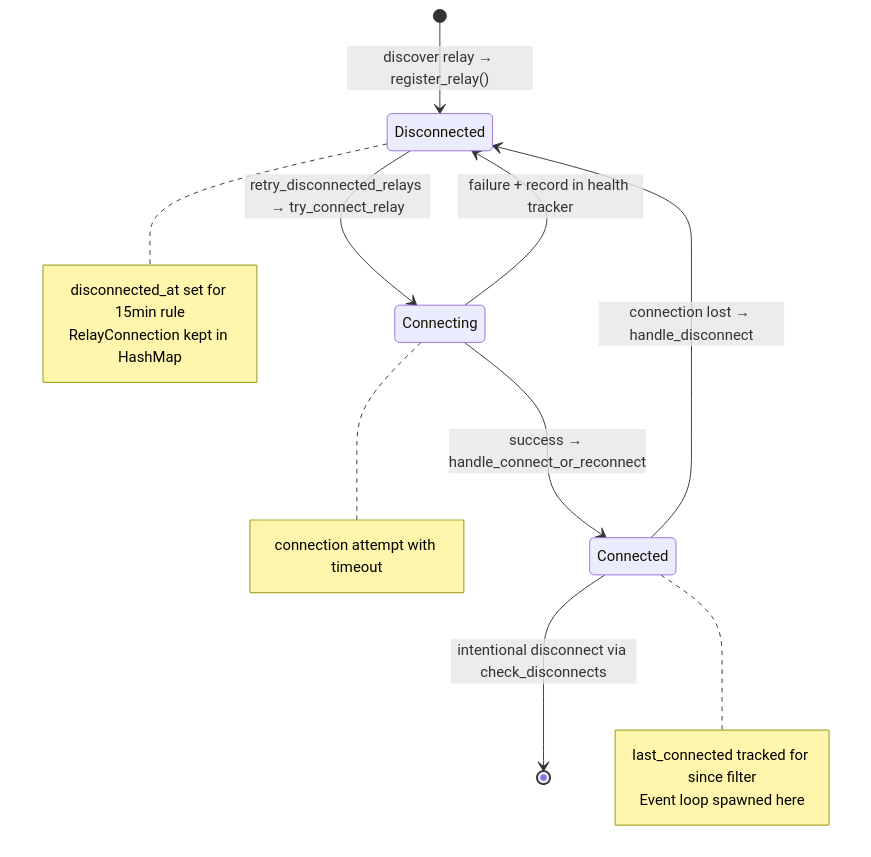
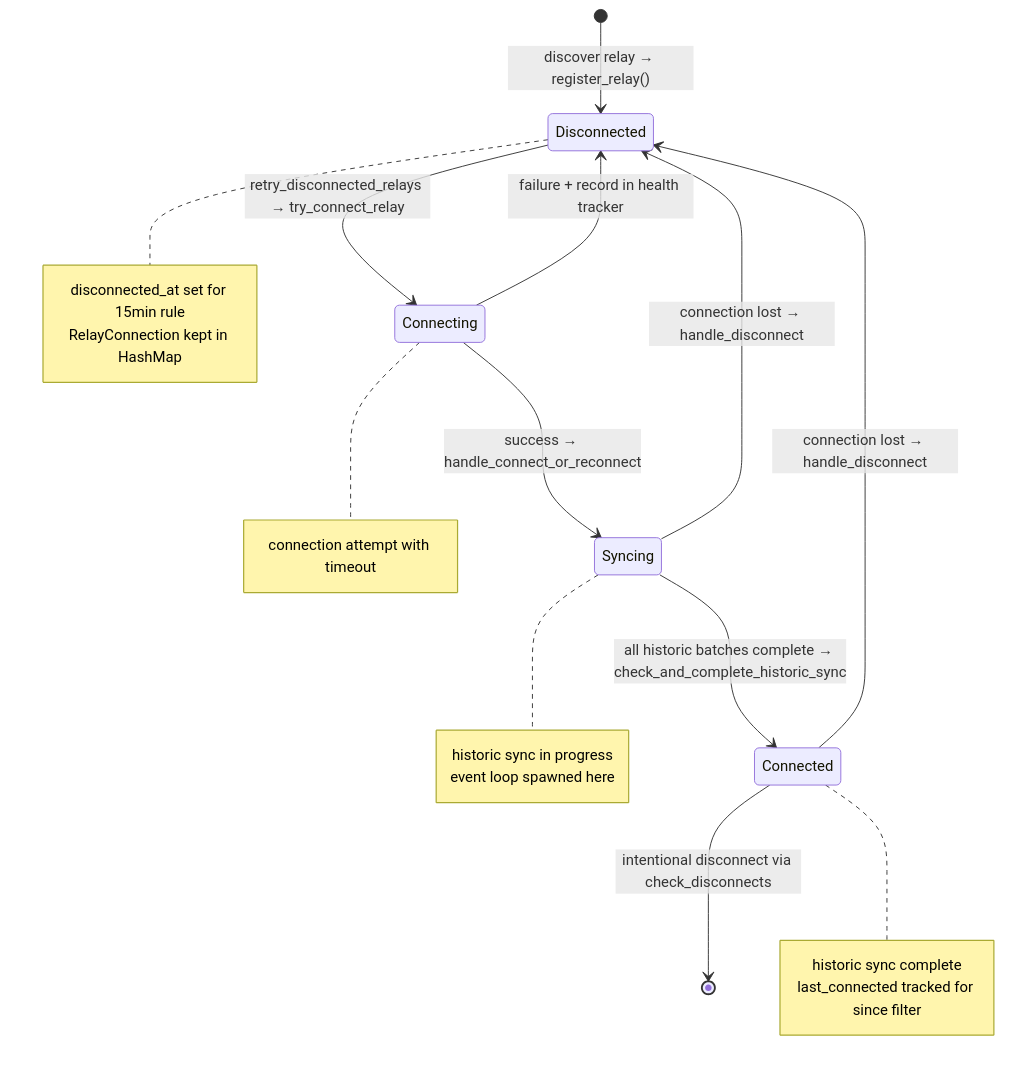
Before and after one commit to Pleb5/ngit-grasp: the first of 12 diagrams in docs/explanation/grasp-02-proactive-sync.md, drawn with Mermaid. The commit also changed other lines of this file and 3 other files, not shown here.

First line of the commit message:
feat(sync): add Syncing connection status to track historic sync progress

````diff
--- a/docs/explanation/grasp-02-proactive-sync.md
+++ b/docs/explanation/grasp-02-proactive-sync.md
@@ -197,13 +204,16 @@
 ```mermaid
 stateDiagram-v2
     [*] --> Disconnected: discover relay → register_relay()
     Disconnected --> Connecting: retry_disconnected_relays → try_connect_relay
-    Connecting --> Connected: success → handle_connect_or_reconnect
+    Connecting --> Syncing: success → handle_connect_or_reconnect
     Connecting --> Disconnected: failure + record in health tracker
+    Syncing --> Connected: all historic batches complete → check_and_complete_historic_sync
+    Syncing --> Disconnected: connection lost → handle_disconnect
     Connected --> Disconnected: connection lost → handle_disconnect
     Connected --> [*]: intentional disconnect via check_disconnects
 
     note right of Disconnected: disconnected_at set for 15min rule<br/>RelayConnection kept in HashMap
-    note right of Connected: last_connected tracked for since filter<br/>Event loop spawned here
     note right of Connecting: connection attempt with timeout
+    note right of Syncing: historic sync in progress<br/>event loop spawned here
+    note right of Connected: historic sync complete<br/>last_connected tracked for since filter
 ```
````
